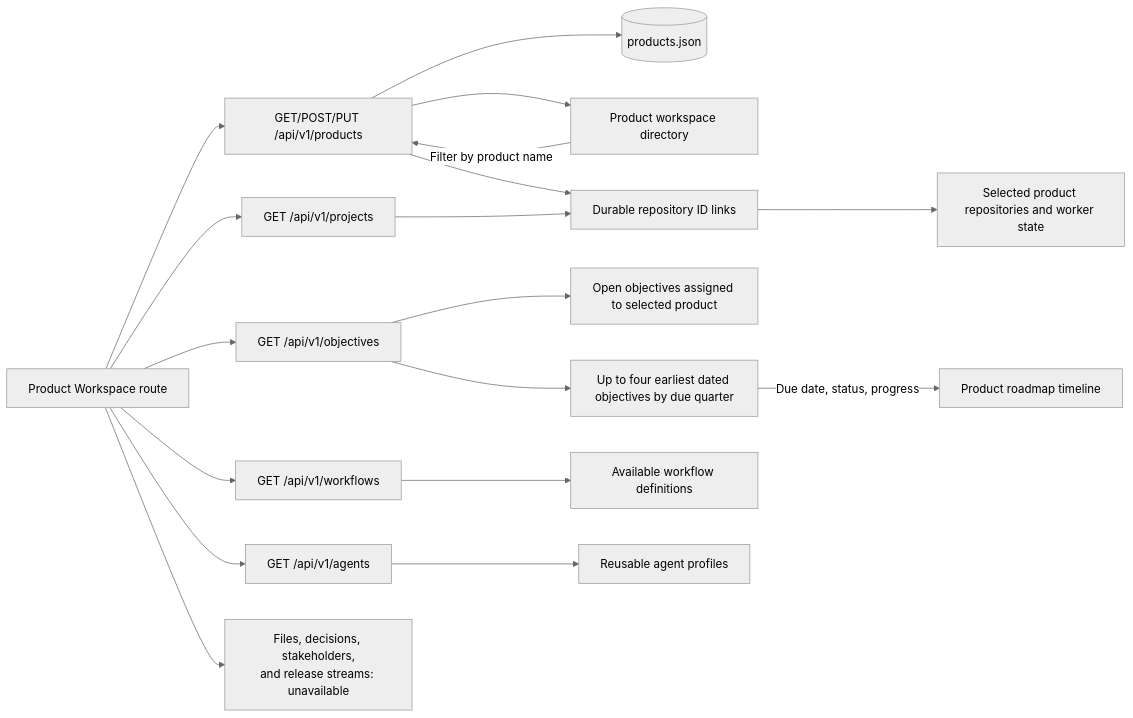
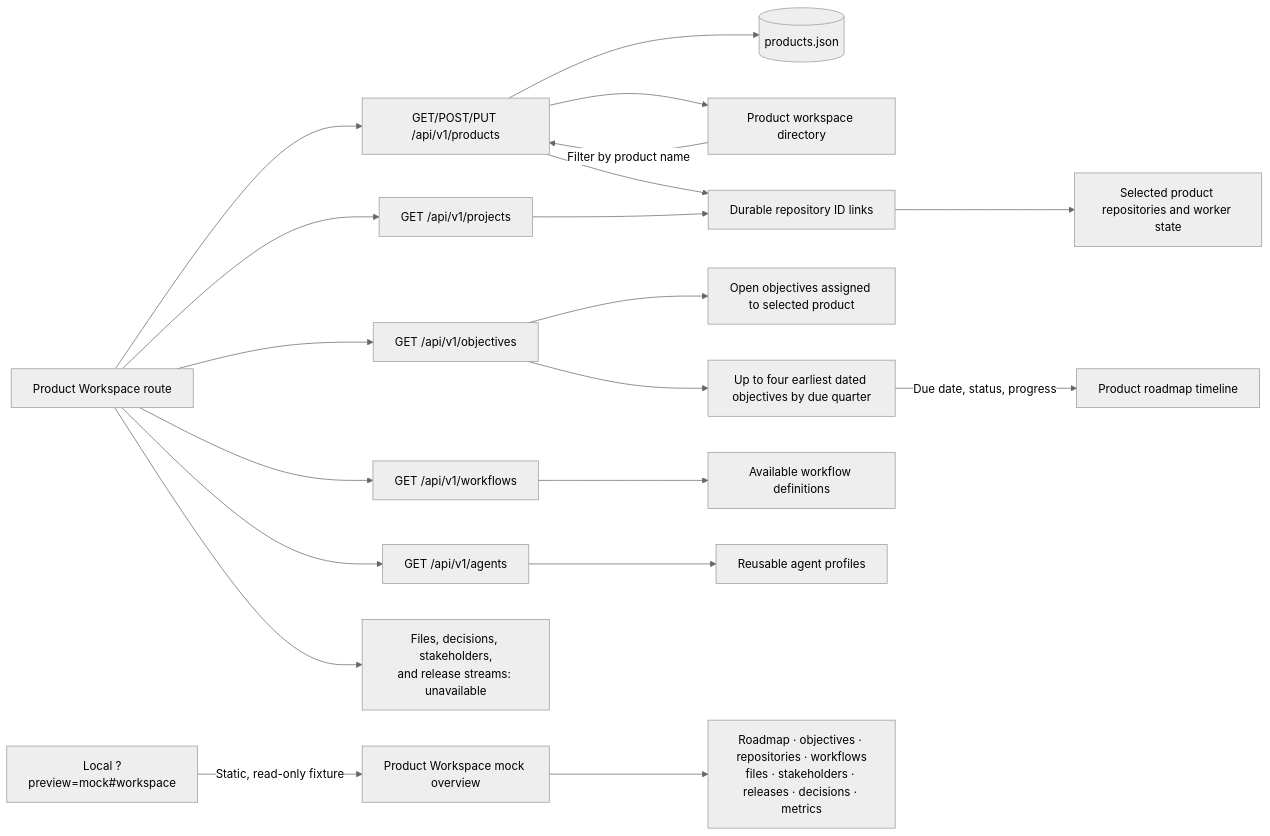
The diagram in docs/features/product-workspace.md (bogdaniel/zenchron-engineering-os), drawn with Mermaid (neutral theme) before and after one commit. The commit also changed other lines of this file and 7 other files, not shown here.

Commit message:
Add Product Workspace mock preview

````diff
--- a/docs/features/product-workspace.md
+++ b/docs/features/product-workspace.md
@@ -11,21 +15,23 @@
 ```mermaid
 flowchart LR
     Browser[Product Workspace route] --> Projects[GET /api/v1/projects]
     Browser --> Products[GET/POST/PUT /api/v1/products]
     Browser --> Objectives[GET /api/v1/objectives]
     Browser --> Workflows[GET /api/v1/workflows]
     Browser --> Agents[GET /api/v1/agents]
     Products --> Store[(products.json)]
     Products --> Directory[Product workspace directory]
     Directory -->|Filter by product name| Products
     Products --> Links[Durable repository ID links]
     Projects --> Links
     Links --> Detail[Selected product repositories and worker state]
     Objectives --> GoalList[Open objectives assigned to selected product]
     Objectives --> Roadmap[Up to four earliest dated objectives by due quarter]
     Roadmap -->|Due date, status, progress| ProductRoadmap[Product roadmap timeline]
     Workflows --> WorkflowList[Available workflow definitions]
     Agents --> Templates[Reusable agent profiles]
     Missing[Files, decisions, stakeholders,<br/>and release streams: unavailable]
     Browser --> Missing
+    Preview[Local ?preview=mock#workspace] -->|Static, read-only fixture| Mock[Product Workspace mock overview]
+    Mock --> MockData[Roadmap · objectives · repositories · workflows<br/>files · stakeholders · releases · decisions · metrics]
 ```
````
